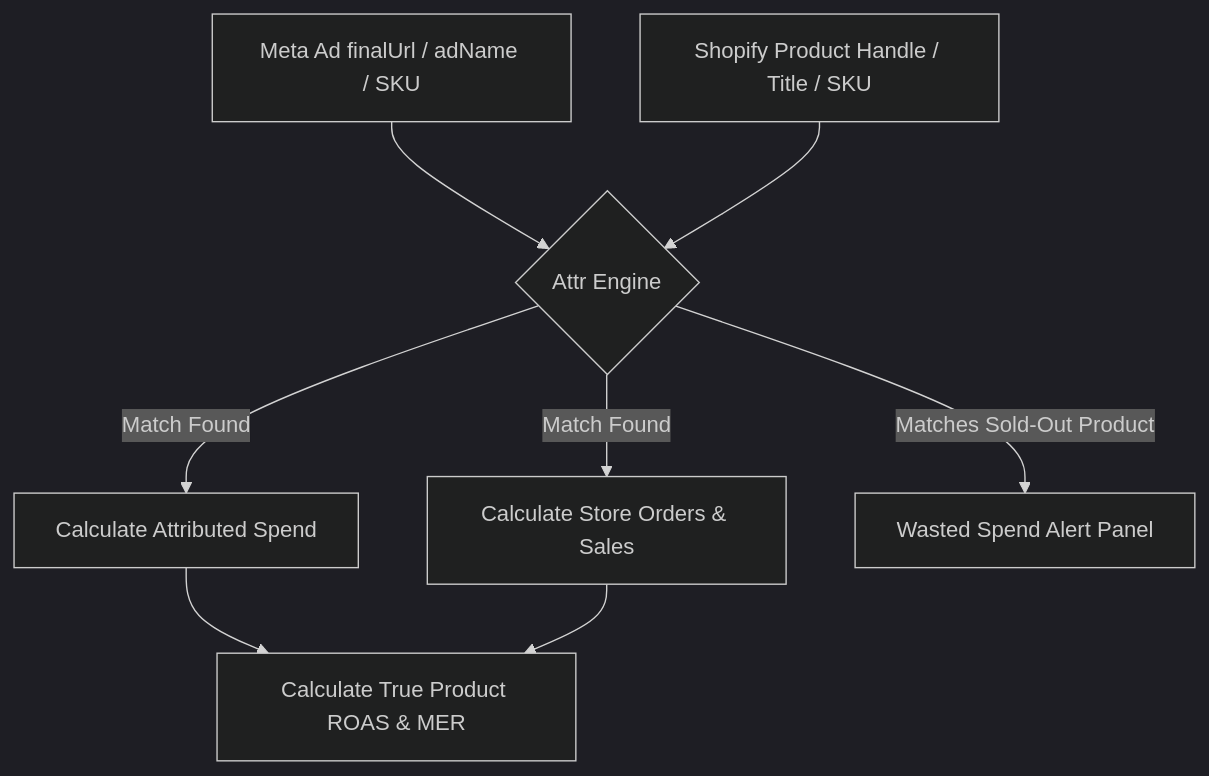
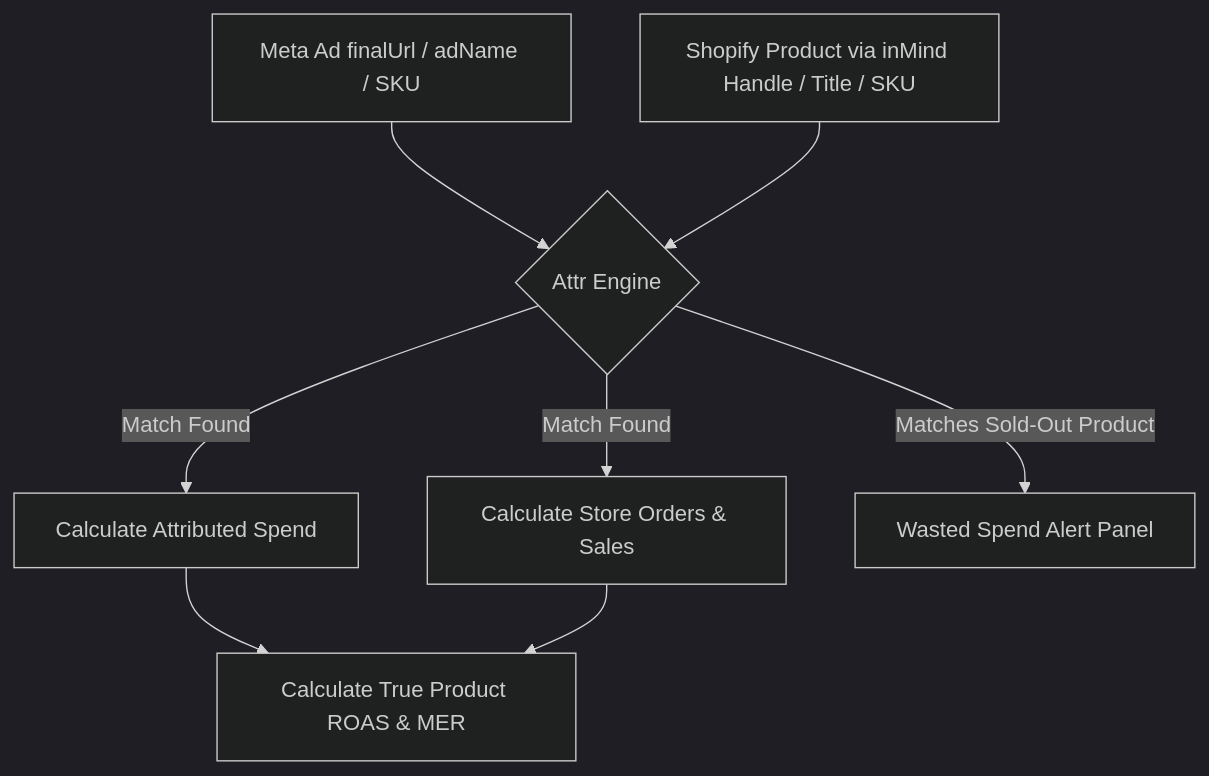
The second of 3 diagrams in PROJECT_ARCHITECTURE.md (asifInmind/marketing), drawn with Mermaid (dark theme) before and after one commit. The commit also changed other lines of this file and 12 other files, not shown here.

````diff
--- a/PROJECT_ARCHITECTURE.md
+++ b/PROJECT_ARCHITECTURE.md
@@ -108,9 +112,9 @@
 ```mermaid
 graph TD
     A[Meta Ad finalUrl / adName / SKU] --> B{Attr Engine}
-    C[Shopify Product Handle / Title / SKU] --> B
+    C[Shopify Product via inMind Handle / Title / SKU] --> B
     B -->|Match Found| D[Calculate Attributed Spend]
     B -->|Match Found| E[Calculate Store Orders & Sales]
     D & E --> F[Calculate True Product ROAS & MER]
     B -->|Matches Sold-Out Product| G[Wasted Spend Alert Panel]
 ```
````
